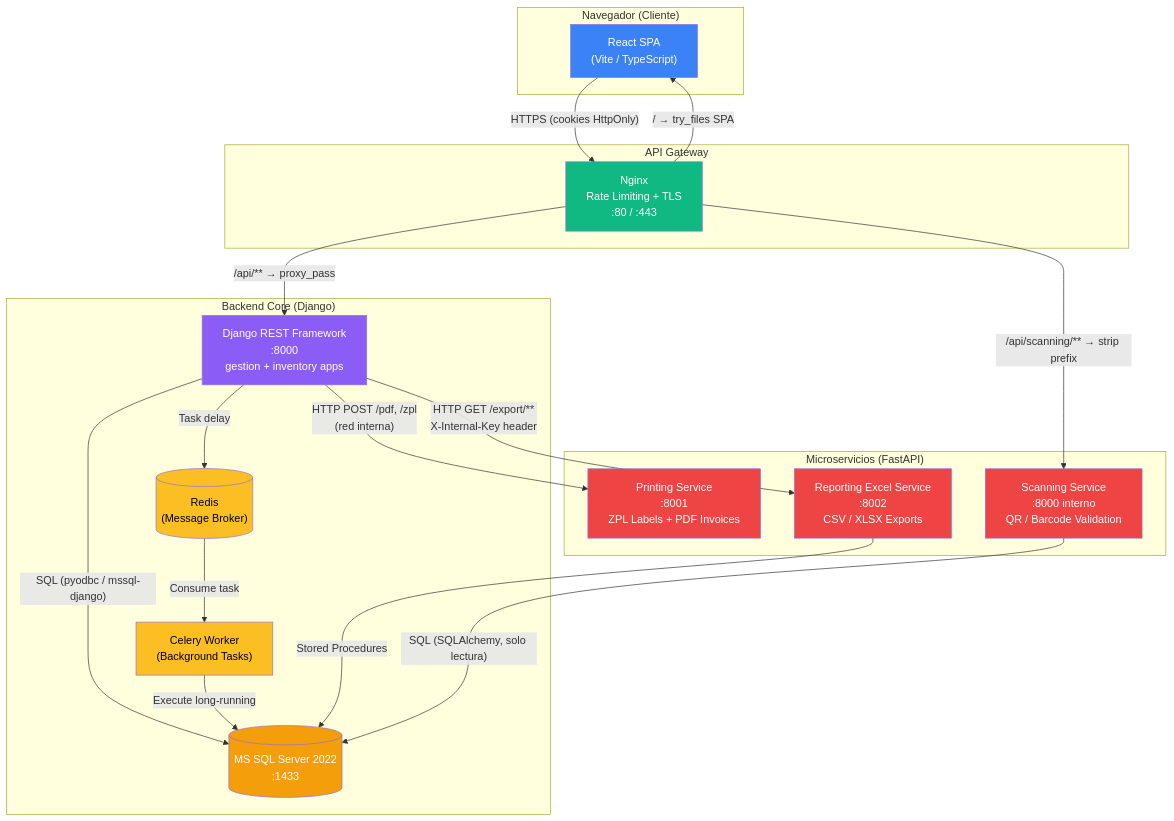
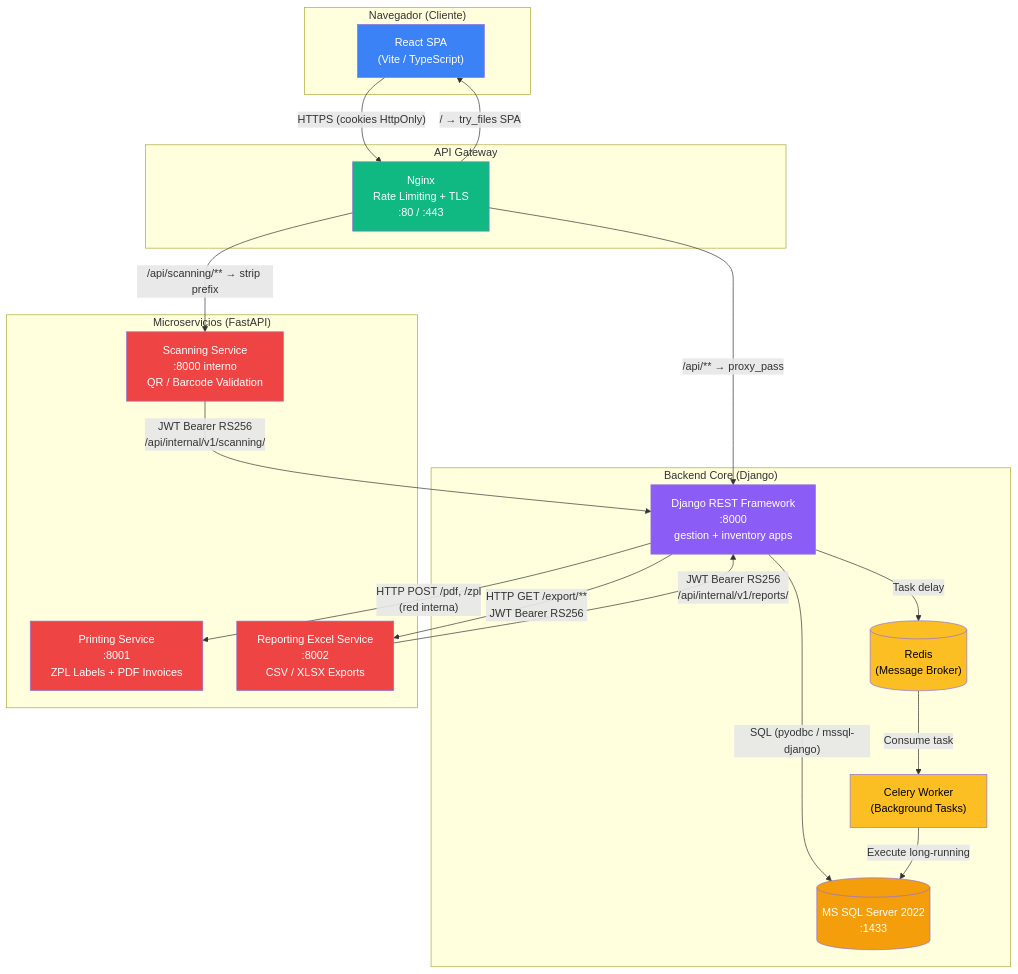
One commit to DevBrandonArellano/TexCore changed the first of 3 diagrams in documentation/TEXCORE_TECHNICAL_DOCS.md. Above: the diagram before and after it, drawn with Mermaid. The commit also changed other lines of this file and 67 other files, not shown here.

Commit message:
feat: se refactoriza los microservicios y se los deja autonomos, lo cual hace conexion mediante una API se ocupa RSA256, JWT y se actualiza la documentación

````diff
--- a/documentation/TEXCORE_TECHNICAL_DOCS.md
+++ b/documentation/TEXCORE_TECHNICAL_DOCS.md
@@ -78,50 +79,50 @@
 ```mermaid
 graph TD
     subgraph Cliente["Navegador (Cliente)"]
         FE["React SPA<br/>(Vite / TypeScript)"]
     end
 
     subgraph Gateway["API Gateway"]
         NGX["Nginx<br/>Rate Limiting + TLS<br/>:80 / :443"]
     end
 
     subgraph Backend["Backend Core (Django)"]
         DJN["Django REST Framework<br/>:8000<br/>gestion + inventory apps"]
         DB[("MS SQL Server 2022<br/>:1433")]
         CEL["Celery Worker<br/>(Background Tasks)"]
         RED[("Redis<br/>(Message Broker)")]
     end
 
     subgraph Microservices["Microservicios (FastAPI)"]
         PRT["Printing Service<br/>:8001<br/>ZPL Labels + PDF Invoices"]
         SCN["Scanning Service<br/>:8000 interno<br/>QR / Barcode Validation"]
         RPT["Reporting Excel Service<br/>:8002<br/>CSV / XLSX Exports"]
     end
 
     FE -->|"HTTPS (cookies HttpOnly)"| NGX
     NGX -->|"/api/** → proxy_pass"| DJN
     NGX -->|"/api/scanning/** → strip prefix"| SCN
     NGX -->|"/ → try_files SPA"| FE
 
     DJN -->|"SQL (pyodbc / mssql-django)"| DB
-    SCN -->|"SQL (SQLAlchemy, solo lectura)"| DB
 
     DJN -->|"Task delay"| RED
     RED -->|"Consume task"| CEL
     CEL -->|"Execute long-running"| DB
 
     DJN -->|"HTTP POST /pdf, /zpl<br/>(red interna)"| PRT
-    DJN -->|"HTTP GET /export/**<br/>X-Internal-Key header"| RPT
+    DJN -->|"HTTP GET /export/**<br/>JWT Bearer RS256"| RPT
 
-    RPT -->|"Stored Procedures"| DB
+    SCN -->|"JWT Bearer RS256\n/api/internal/v1/scanning/"| DJN
+    RPT -->|"JWT Bearer RS256\n/api/internal/v1/reports/"| DJN
 
     style FE fill:#3b82f6,color:#fff
     style NGX fill:#10b981,color:#fff
     style DJN fill:#8b5cf6,color:#fff
     style DB fill:#f59e0b,color:#fff
     style PRT fill:#ef4444,color:#fff
     style SCN fill:#ef4444,color:#fff
     style RPT fill:#ef4444,color:#fff
     style CEL fill:#fbbf24,color:#000
     style RED fill:#fbbf24,color:#000
 ```
````
